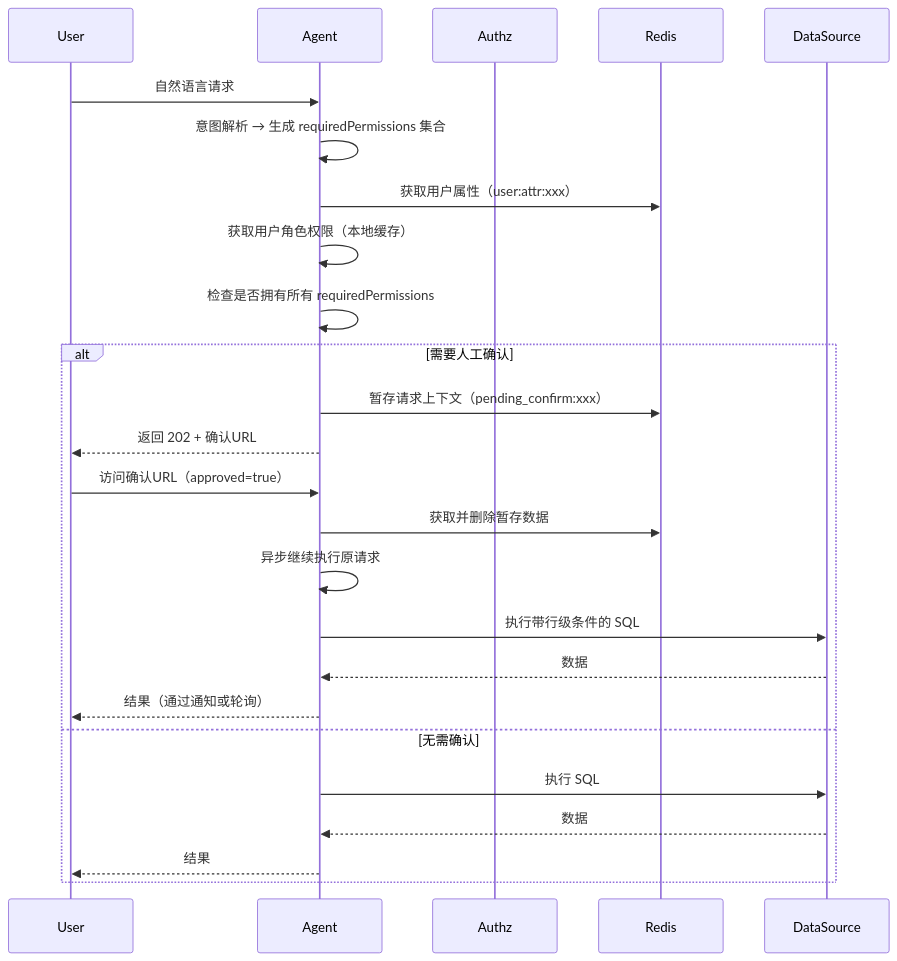
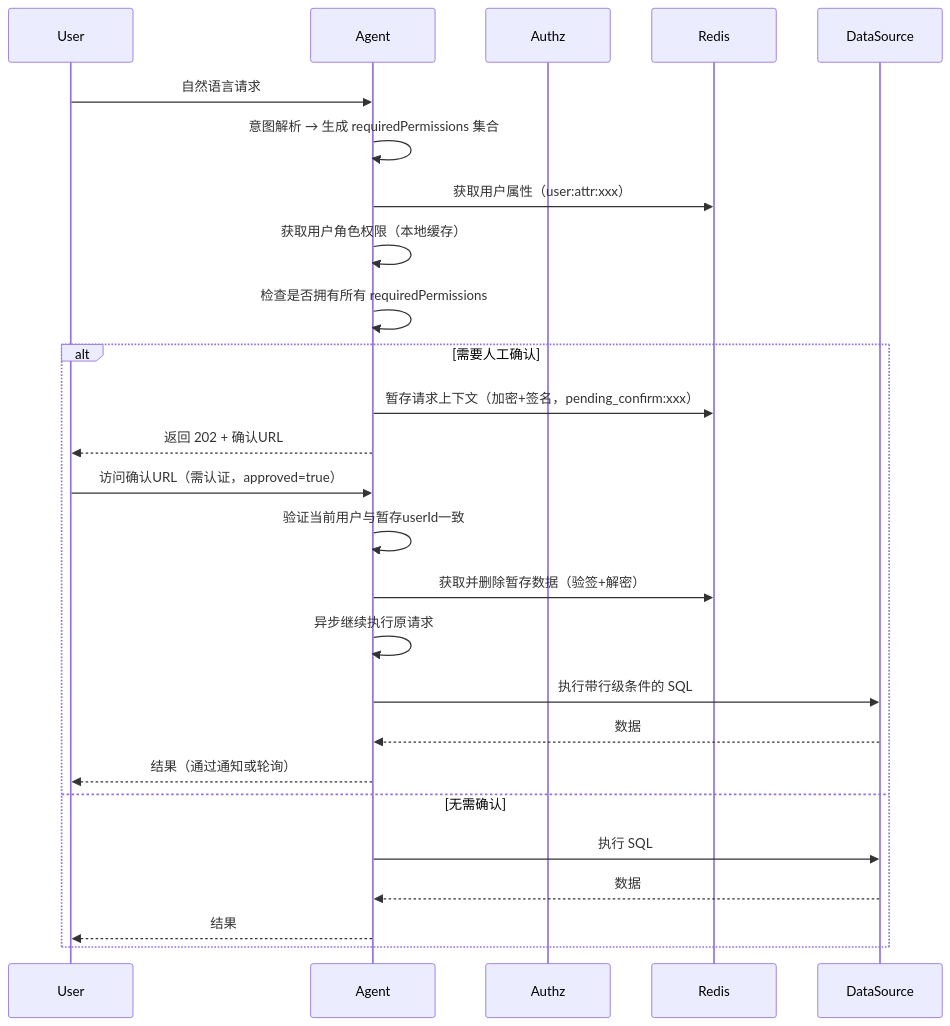
One commit to latcn/developer-knowledge changed the diagram in security/A2A AI Agent 对话式权限系统架构设计.md. Above: the diagram before and after it, drawn with Mermaid. The commit also changed other lines of this file, not shown here.

````diff
--- a/security/A2A AI Agent 对话式权限系统架构设计.md
+++ b/security/A2A AI Agent 对话式权限系统架构设计.md
@@ -480,28 +521,29 @@
 ```mermaid
 sequenceDiagram
     participant User
     participant Agent
     participant Authz
     participant Redis
     participant DataSource
 
     User->>Agent: 自然语言请求
     Agent->>Agent: 意图解析 → 生成 requiredPermissions 集合
     Agent->>Redis: 获取用户属性（user:attr:xxx）
     Agent->>Agent: 获取用户角色权限（本地缓存）
     Agent->>Agent: 检查是否拥有所有 requiredPermissions
     alt 需要人工确认
-        Agent->>Redis: 暂存请求上下文（pending_confirm:xxx）
+        Agent->>Redis: 暂存请求上下文（加密+签名，pending_confirm:xxx）
         Agent-->>User: 返回 202 + 确认URL
-        User->>Agent: 访问确认URL（approved=true）
-        Agent->>Redis: 获取并删除暂存数据
+        User->>Agent: 访问确认URL（需认证，approved=true）
+        Agent->>Agent: 验证当前用户与暂存userId一致
+        Agent->>Redis: 获取并删除暂存数据（验签+解密）
         Agent->>Agent: 异步继续执行原请求
         Agent->>DataSource: 执行带行级条件的 SQL
         DataSource-->>Agent: 数据
         Agent-->>User: 结果（通过通知或轮询）
     else 无需确认
         Agent->>DataSource: 执行 SQL
         DataSource-->>Agent: 数据
         Agent-->>User: 结果
     end
 ```
````
